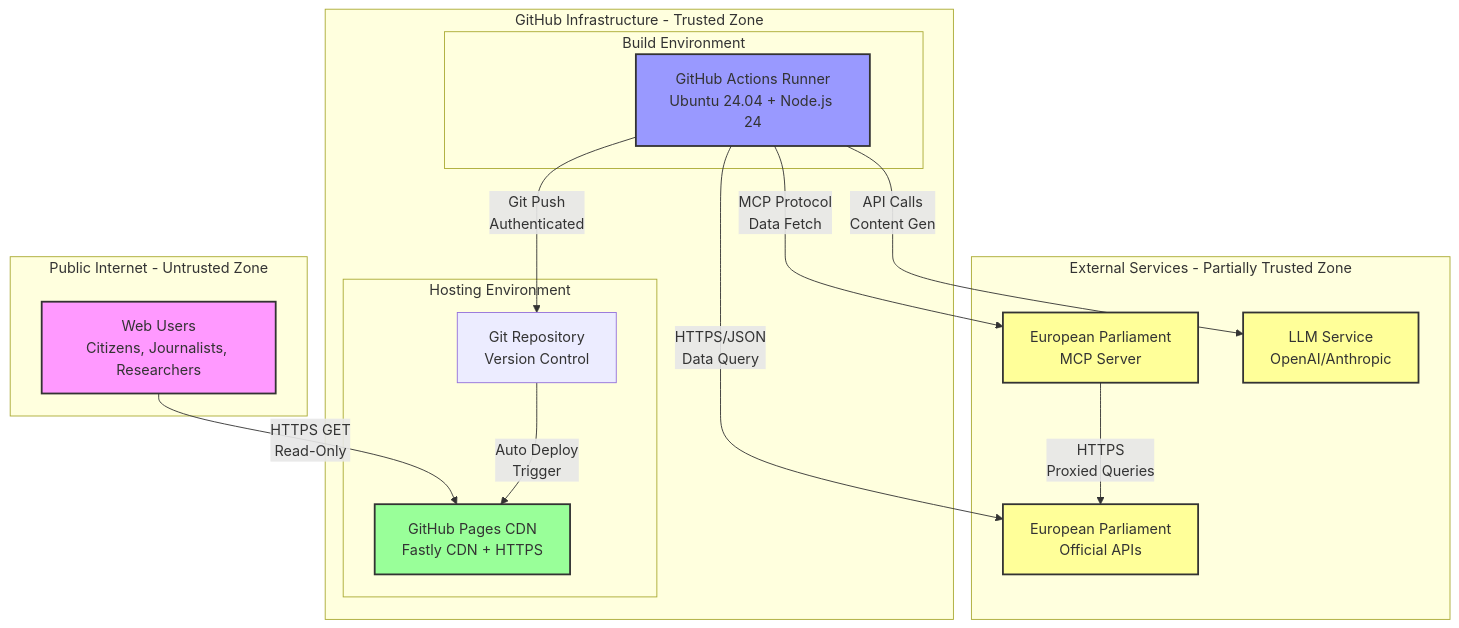
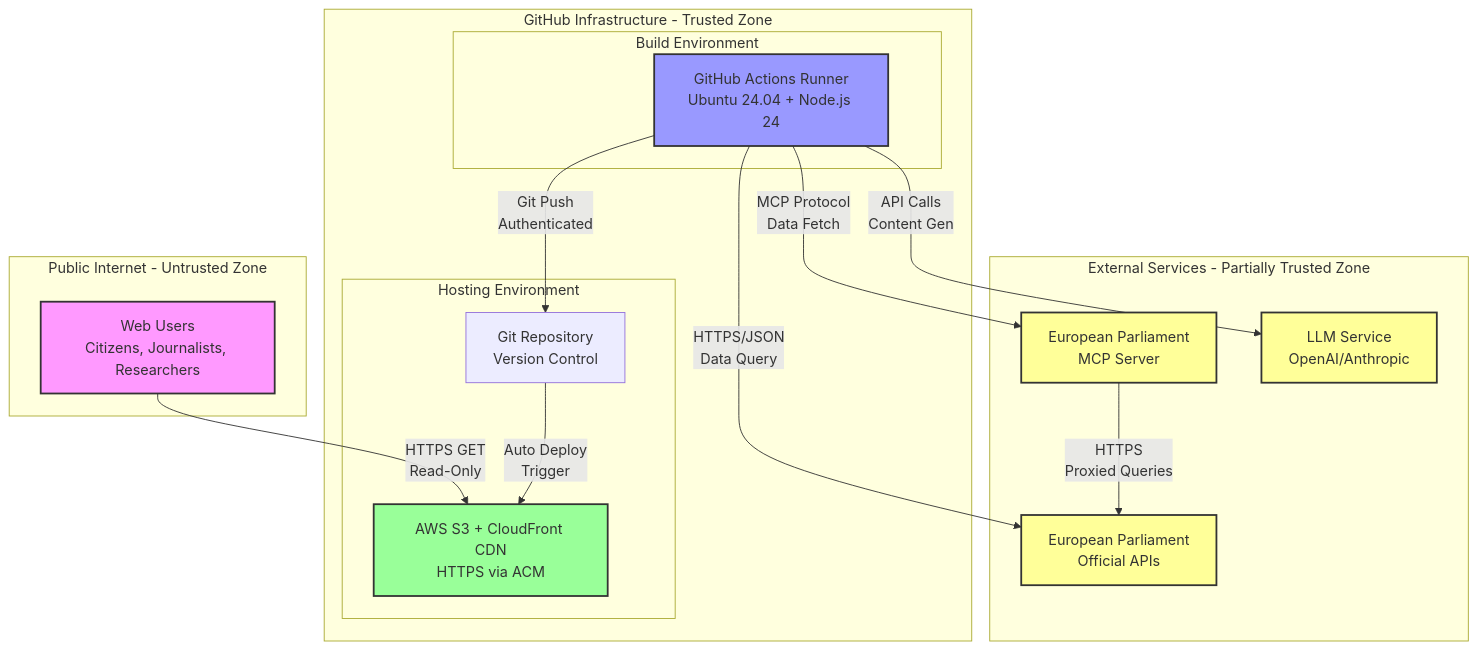
The second of 12 diagrams in ARCHITECTURE.md (Hack23/euparliamentmonitor), drawn with Mermaid before and after one commit. The commit also changed other lines of this file, not shown here.

Commit message:
docs: fix deployment references and current-state accuracy in ARCHITECTURE.md

````diff
--- a/ARCHITECTURE.md
+++ b/ARCHITECTURE.md
@@ -193,38 +195,38 @@
 ```mermaid
 graph TB
     subgraph "Public Internet - Untrusted Zone"
         Users[Web Users<br/>Citizens, Journalists, Researchers]
     end
     
     subgraph "GitHub Infrastructure - Trusted Zone"
         subgraph "Build Environment"
             Actions[GitHub Actions Runner<br/>Ubuntu 24.04 + Node.js 24]
         end
         
         subgraph "Hosting Environment"
-            Pages[GitHub Pages CDN<br/>Fastly CDN + HTTPS]
+            Pages[AWS S3 + CloudFront CDN<br/>HTTPS via ACM]
             Repo[Git Repository<br/>Version Control]
         end
     end
     
     subgraph "External Services - Partially Trusted Zone"
         EPServer[European Parliament<br/>MCP Server]
         EPAPI[European Parliament<br/>Official APIs]
         LLM[LLM Service<br/>OpenAI/Anthropic]
     end
     
     Users -->|HTTPS GET<br/>Read-Only| Pages
     Actions -->|MCP Protocol<br/>Data Fetch| EPServer
     Actions -->|HTTPS/JSON<br/>Data Query| EPAPI
     Actions -->|API Calls<br/>Content Gen| LLM
     EPServer -->|HTTPS<br/>Proxied Queries| EPAPI
     Actions -->|Git Push<br/>Authenticated| Repo
     Repo -->|Auto Deploy<br/>Trigger| Pages
     
     style Users fill:#f9f,stroke:#333,stroke-width:2px
     style Pages fill:#9f9,stroke:#333,stroke-width:2px
     style Actions fill:#99f,stroke:#333,stroke-width:2px
     style EPServer fill:#ff9,stroke:#333,stroke-width:2px
     style EPAPI fill:#ff9,stroke:#333,stroke-width:2px
     style LLM fill:#ff9,stroke:#333,stroke-width:2px
 ```
````
